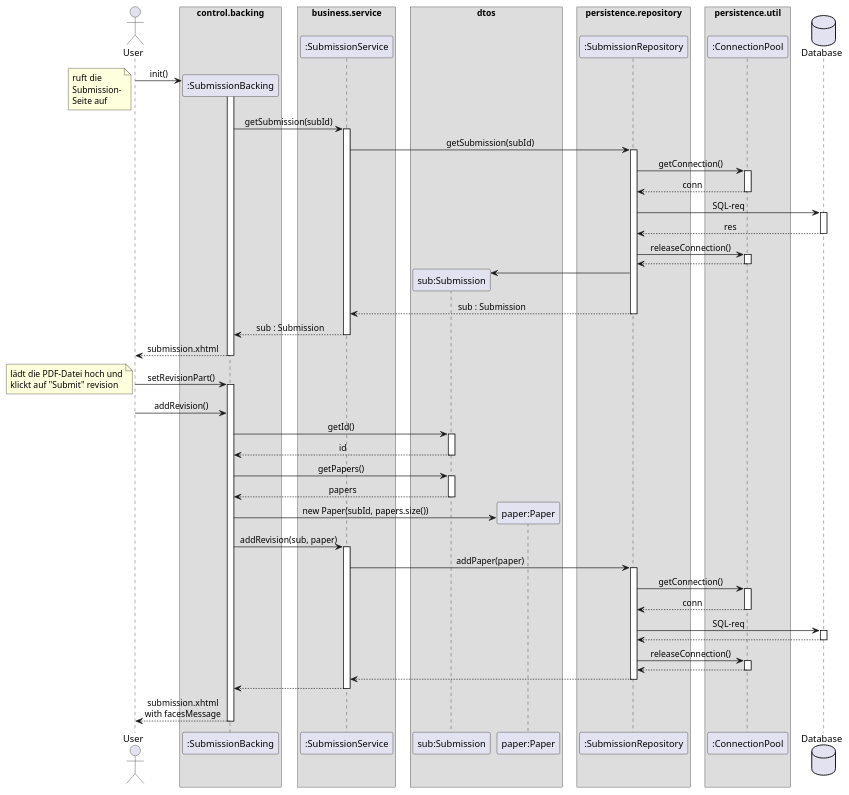
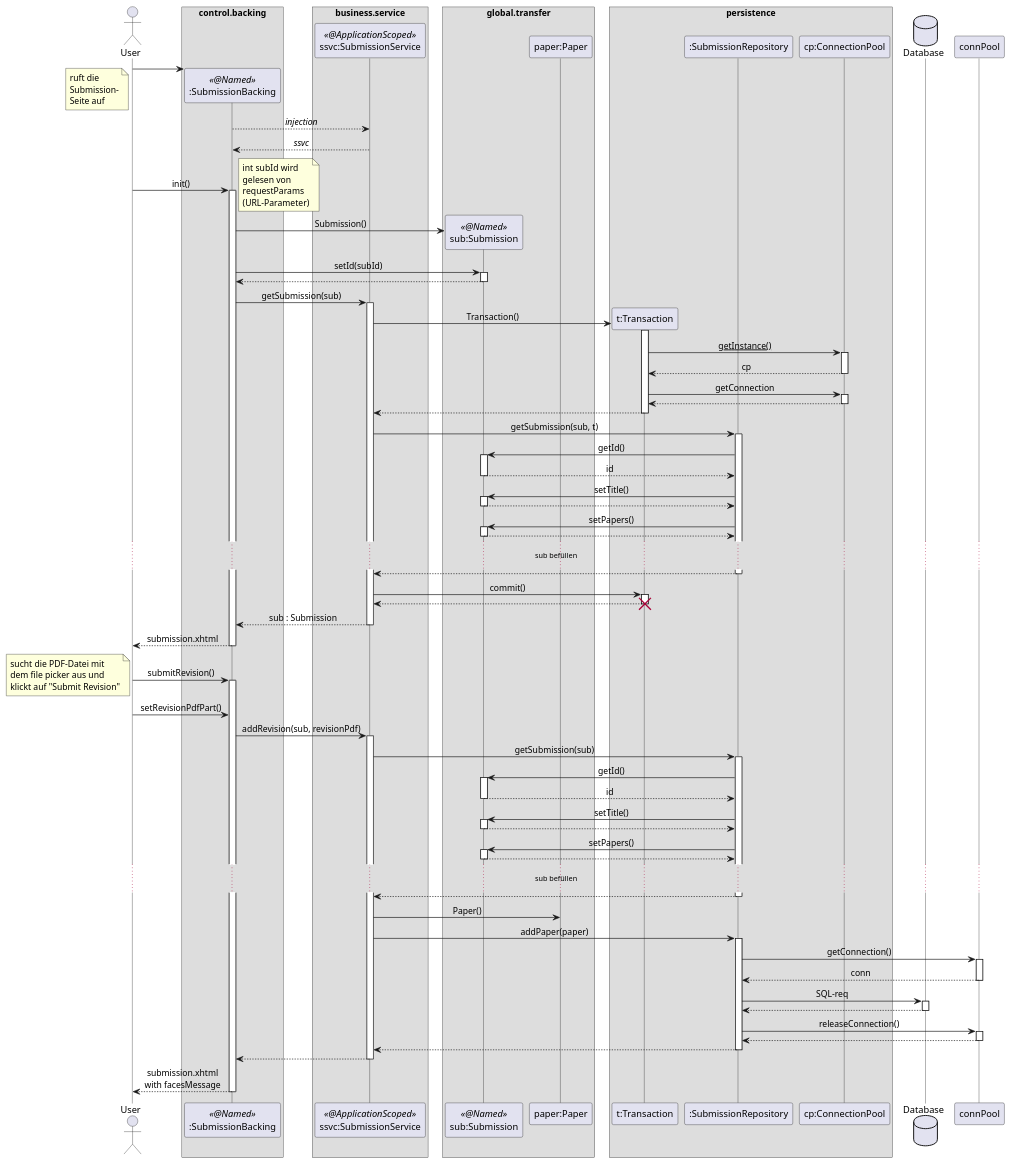
The diagram in docs/Entwurf/puml/upload_revision.puml (guersterst/LasEs), drawn with PlantUML before and after one commit.

Commit message:
start with Bachis suggestions for sequence diagram

```diff
--- a/docs/Entwurf/puml/upload_revision.puml
+++ b/docs/Entwurf/puml/upload_revision.puml
@@ -1,101 +1,134 @@
 @startuml
 'https://plantuml.com/sequence-diagram
 
 '!theme aws-orange
 skinparam sequenceMessageAlign center
 skinparam BoxPadding 10
+skinparam LifelineStrategy nosolid
 'autonumber
 'autoactivate on
 'hide footbox
 
 actor User as user
 
 box "control.backing"
-    participant ":SubmissionBacking" as subBacking
+    participant ":SubmissionBacking" as sb << @Named >>
 end box
 'box "???"
 '    participant ":ResourceBundle" as rscBundle
 'end box
 box "business.service"
-    participant ":SubmissionService" as subService
+    participant "ssvc:SubmissionService" as ssvc << @ApplicationScoped >>
 end box
-box "dtos"
-    participant "sub:Submission" as sub
+box "global.transfer"
+    participant "sub:Submission" as sub << @Named >>
     participant "paper:Paper" as paper
 end box
-box persistence.repository
-    participant ":SubmissionRepository" as subRepo
-end box
-box persistence.util
-    participant ":ConnectionPool" as connPool
+box persistence
+    participant "t:Transaction" as t
+    participant ":SubmissionRepository" as sr
+    participant "cp:ConnectionPool" as cp
 end box
 database "Database" as db
 
-user -> subBacking ** : init()
+create sb
+user -> sb
 note left
     ruft die
     Submission-
     Seite auf
 end note
-activate subBacking
-    subBacking -> subService : getSubmission(subId)
-    activate subService
-        subService -> subRepo : getSubmission(subId)
-        activate subRepo
-            subRepo -> connPool : getConnection()
-            activate connPool
-            return conn
-            subRepo -> db : SQL-req
-            activate db
-            return res
-            subRepo -> connPool : releaseConnection()
-            activate connPool
+sb --> ssvc : //injection//
+return //ssvc//
+user -> sb : init()
+activate sb
+    note right
+        int subId wird
+        gelesen von
+        requestParams
+        (URL-Parameter)
+    end note
+    sb -> sub ** : Submission()
+    sb -> sub : setId(subId)
+    activate sub
+    return
+    sb -> ssvc : getSubmission(sub)
+    activate ssvc
+        ssvc -> t ** : Transaction()
+        activate t
+            t -> cp : __getInstance()__
+            activate cp
+            return cp
+            t -> cp : getConnection
+            activate cp
             return
-            create sub
-            subRepo -> sub
-        return sub : Submission
+        return
+        ssvc -> sr : getSubmission(sub, t)
+        activate sr
+            sr -> sub : getId()
+            activate sub
+            return id
+            sr -> sub : setTitle()
+            activate sub
+            return
+            sr -> sub : setPapers()
+            activate sub
+            return
+            ...sub befüllen...
+        return
+        ssvc -> t ++ : commit()
+        return
+        destroy t
     return sub : Submission
 return submission.xhtml
 
-user -> subBacking : setRevisionPart()
-activate subBacking
+user -> sb : submitRevision()
+activate sb
     note left
-        lädt die PDF-Datei hoch und
-        klickt auf "Submit" revision
+        sucht die PDF-Datei mit
+        dem file picker aus und
+        klickt auf "Submit Revision"
     end note
-    user -> subBacking : addRevision()
-    subBacking -> sub : getId()
-    activate sub
-    return id
-    subBacking -> sub : getPapers()
-    activate sub
-    return papers
+    user -> sb : setRevisionPdfPart()
 
-    subBacking -> paper ** : new Paper(subId, papers.size())
-
-    subBacking -> subService : addRevision(sub, paper)
-    activate subService
-        subService -> subRepo : addPaper(paper)
-        activate subRepo
-            subRepo -> connPool : getConnection()
+    sb -> ssvc : addRevision(sub, revisionPdf)
+    activate ssvc
+        ssvc -> sr : getSubmission(sub)
+        activate sr
+            sr -> sub : getId()
+            activate sub
+            return id
+            sr -> sub : setTitle()
+            activate sub
+            return
+            sr -> sub : setPapers()
+            activate sub
+            return
+            ...sub befüllen...
+        return
+        ssvc -> paper : Paper()
+        ssvc -> sr : addPaper(paper)
+'updatesubmission not addpaper
+        activate sr
+            sr -> connPool : getConnection()
             activate connPool
             return conn
-            subRepo -> db : SQL-req
+            sr -> db : SQL-req
             activate db
             return
-            subRepo -> connPool : releaseConnection()
+            sr -> connPool : releaseConnection()
             activate connPool
             return
         return
     return
 
 '    subBacking -> rscBundle : getAddRevision\\\nConfirmationMsg()
 '    activate rscBundle
 '    return msg
 
 return submission.xhtml\nwith facesMessage
 
 
 
 
 @enduml
```
